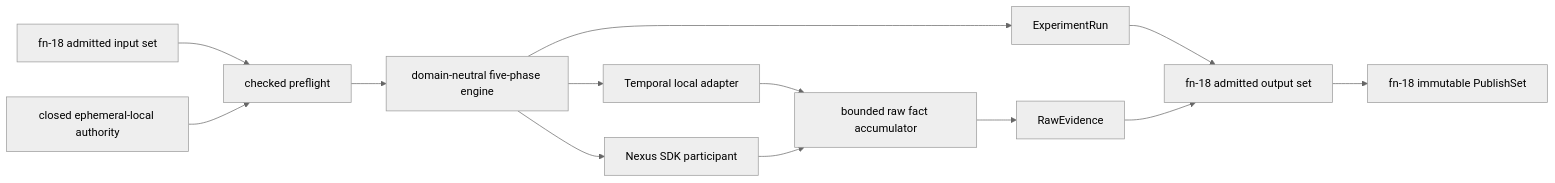
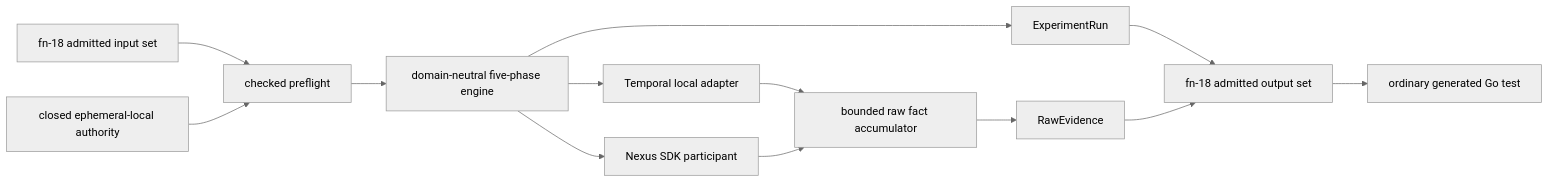
One commit to stephanos/temporal changed the diagram in .flow/specs/fn-19-bounded-local-temporal-execution-and.md. Above: the diagram before and after it, drawn with Mermaid (neutral theme). The commit also changed other lines of this file and 12 other files, not shown here.

````diff
--- a/.flow/specs/fn-19-bounded-local-temporal-execution-and.md
+++ b/.flow/specs/fn-19-bounded-local-temporal-execution-and.md
@@ -27,15 +27,15 @@
 ```mermaid
 flowchart LR
   S[fn-18 admitted input set] --> P[checked preflight]
   A[closed ephemeral-local authority] --> P
   P --> E[domain-neutral five-phase engine]
   E --> T[Temporal local adapter]
   E --> N[Nexus SDK participant]
   T --> F[bounded raw fact accumulator]
   N --> F
   E --> R[ExperimentRun]
   F --> W[RawEvidence]
   R --> O[fn-18 admitted output set]
   W --> O
-  O --> Pub[fn-18 immutable PublishSet]
+  O --> G[ordinary generated Go test]
 ```
````
